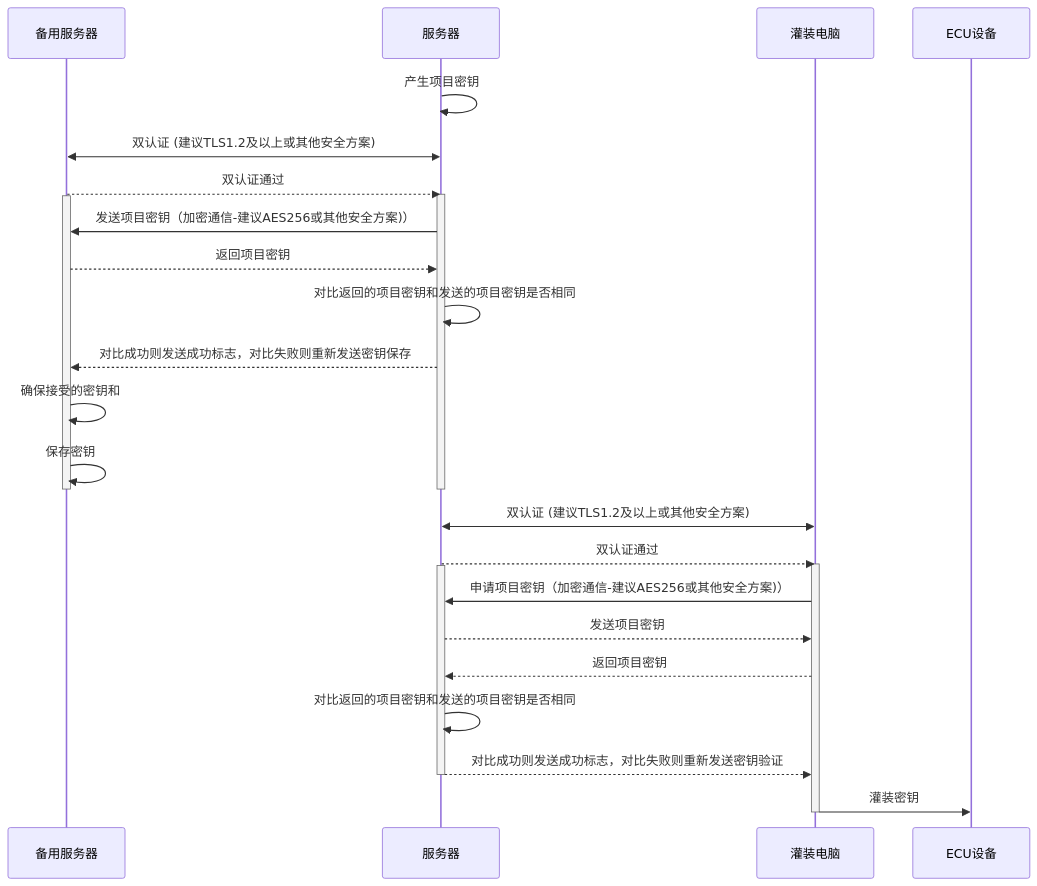
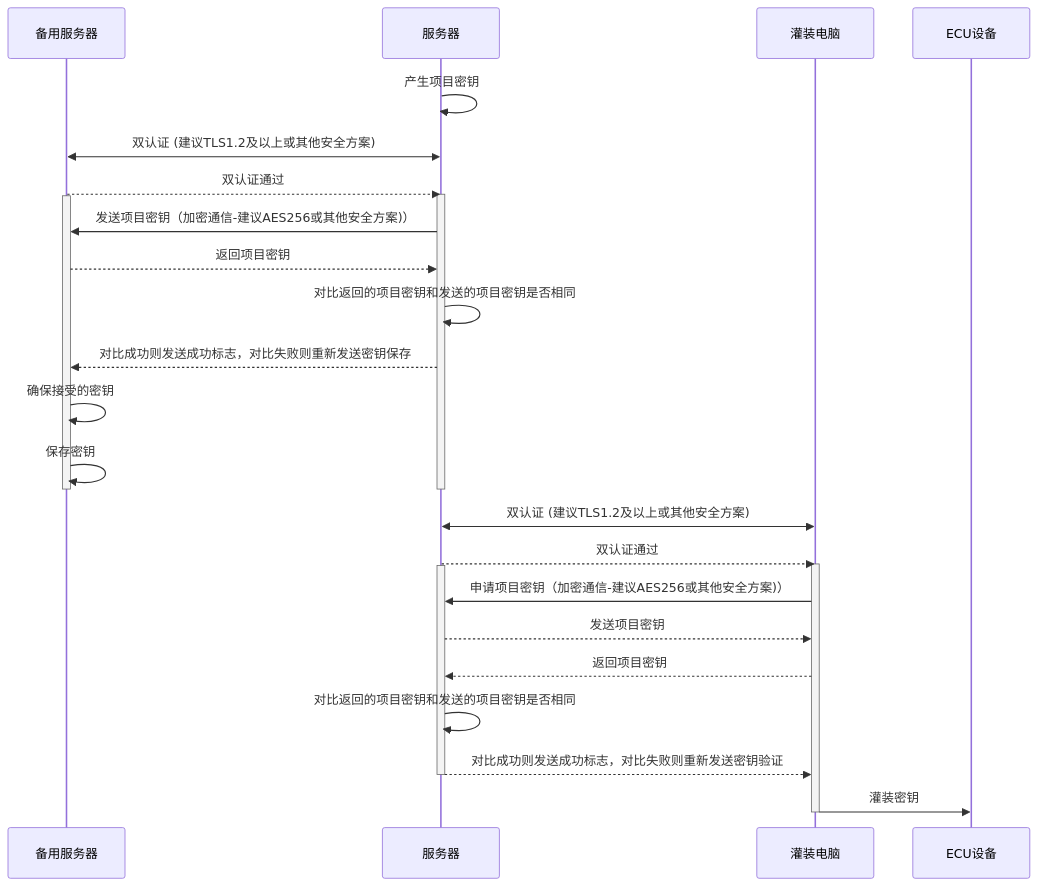
The diagram in all/未命名-10.md (facebook-cloud/iodraw-files), drawn with Mermaid before and after one commit.

Commit message:
2026-01-23 13:41:01 update

````diff
--- a/all/未命名-10.md
+++ b/all/未命名-10.md
@@ -1,36 +1,36 @@
 ```mermaid
 sequenceDiagram
     participant B as 备用服务器
     participant A as 服务器
     participant C as 灌装电脑
     participant D as ECU设备
 
     A->>A: 产生项目密钥
     A<<->>B: 双认证 (建议TLS1.2及以上或其他安全方案)
     B-->>A: 双认证通过
     activate A
     activate B
     A->>B: 发送项目密钥（加密通信-建议AES256或其他安全方案)）
     B-->>A: 返回项目密钥
 
     A->>A: 对比返回的项目密钥和发送的项目密钥是否相同
     A-->>B: 对比成功则发送成功标志，对比失败则重新发送密钥保存
-    B->>B: 确保接受的密钥和
+    B->>B: 确保接受的密钥
     B->>B: 保存密钥
     deactivate B
     deactivate A
 
     C<<->>A: 双认证 (建议TLS1.2及以上或其他安全方案)
     A-->>C: 双认证通过
     activate C
     activate A
     C->>A: 申请项目密钥（加密通信-建议AES256或其他安全方案)）
     A-->>C: 发送项目密钥
     C-->>A: 返回项目密钥
     A->>A: 对比返回的项目密钥和发送的项目密钥是否相同
     A-->>C: 对比成功则发送成功标志，对比失败则重新发送密钥验证
     deactivate A
     C->>D: 灌装密钥
     deactivate C
 
 ```
````
